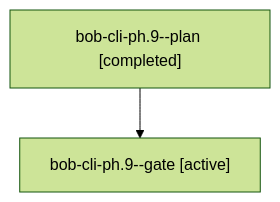
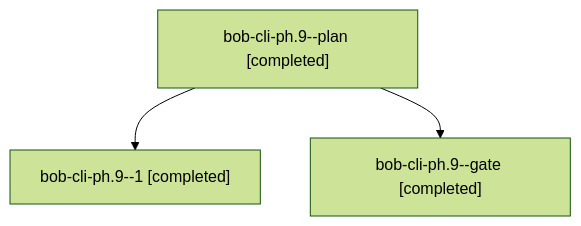
Before and after one commit to bobs-org/bob-cli--agents: the diagram in sessions/bbugyi200.apollo.bob-cli-ph.9.md, drawn with Mermaid (forest theme). The commit also changed other lines of this file and 145 other files, not shown here.

````diff
--- a/sessions/bbugyi200.apollo.bob-cli-ph.9.md
+++ b/sessions/bbugyi200.apollo.bob-cli-ph.9.md
@@ -9,6 +9,8 @@
 ```mermaid
 flowchart TD
   n0["bob-cli-ph.9--plan [completed]"]
-  n1["bob-cli-ph.9--gate [active]"]
+  n1["bob-cli-ph.9--1 [completed]"]
   n0 --> n1
+  n2["bob-cli-ph.9--gate [completed]"]
+  n0 --> n2
 ```
````
